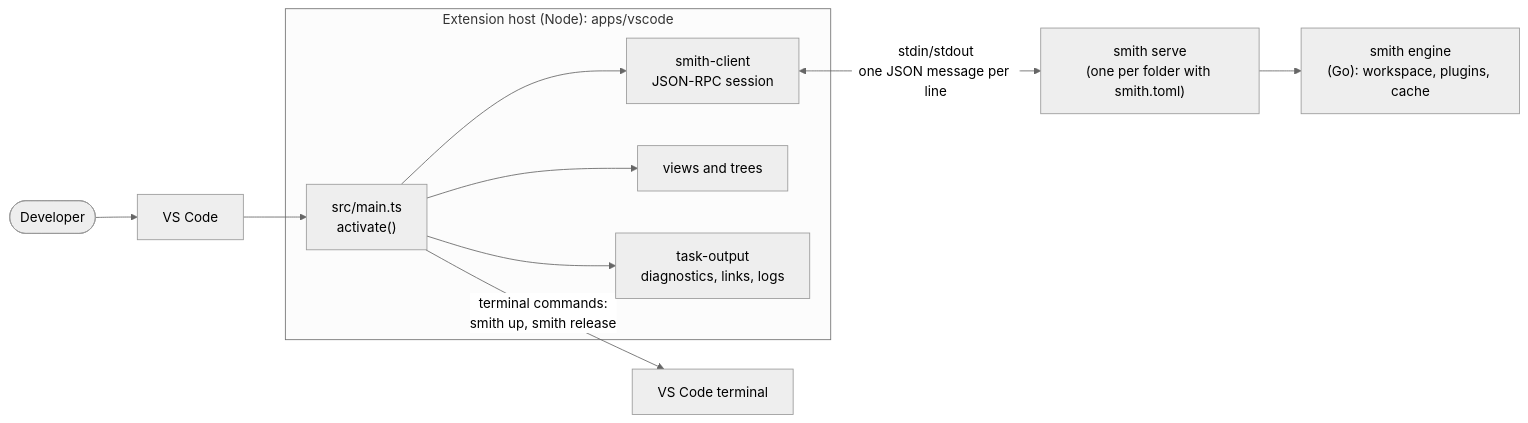
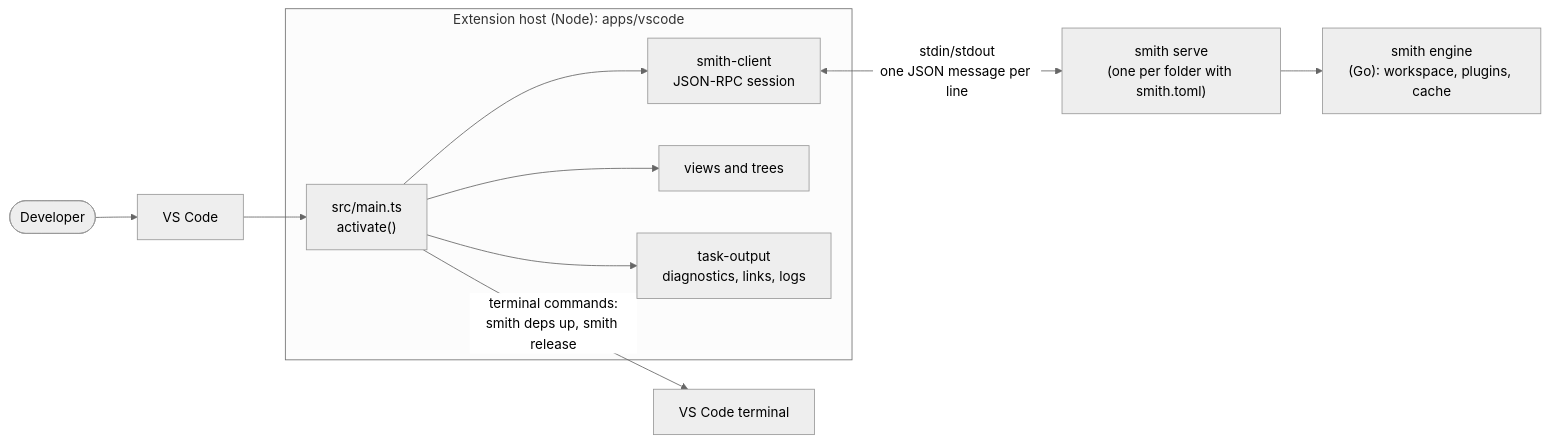
One commit to monosmith-app/monosmith changed the first of 2 diagrams in docs/architecture/vscode-architecture.md. Above: the diagram before and after it, drawn with Mermaid (neutral theme). The commit also changed other lines of this file and 6 other files, not shown here.

````diff
--- a/docs/architecture/vscode-architecture.md
+++ b/docs/architecture/vscode-architecture.md
@@ -25,17 +25,17 @@
 ```mermaid
 flowchart LR
   user(["Developer"]) --> vscode["VS Code"]
   subgraph ext["Extension host (Node): apps/vscode"]
     main["src/main.ts<br/>activate()"]
     client["smith-client<br/>JSON-RPC session"]
     views["views and trees"]
     out["task-output<br/>diagnostics, links, logs"]
   end
   vscode --> main
   main --> client
   main --> views
   main --> out
   client <-->|"stdin/stdout<br/>one JSON message per line"| serve["smith serve<br/>(one per folder with smith.toml)"]
   serve --> engine["smith engine<br/>(Go): workspace, plugins, cache"]
-  main -->|"terminal commands:<br/>smith up, smith release"| term["VS Code terminal"]
+  main -->|"terminal commands:<br/>smith deps up, smith release"| term["VS Code terminal"]
 ```
````
